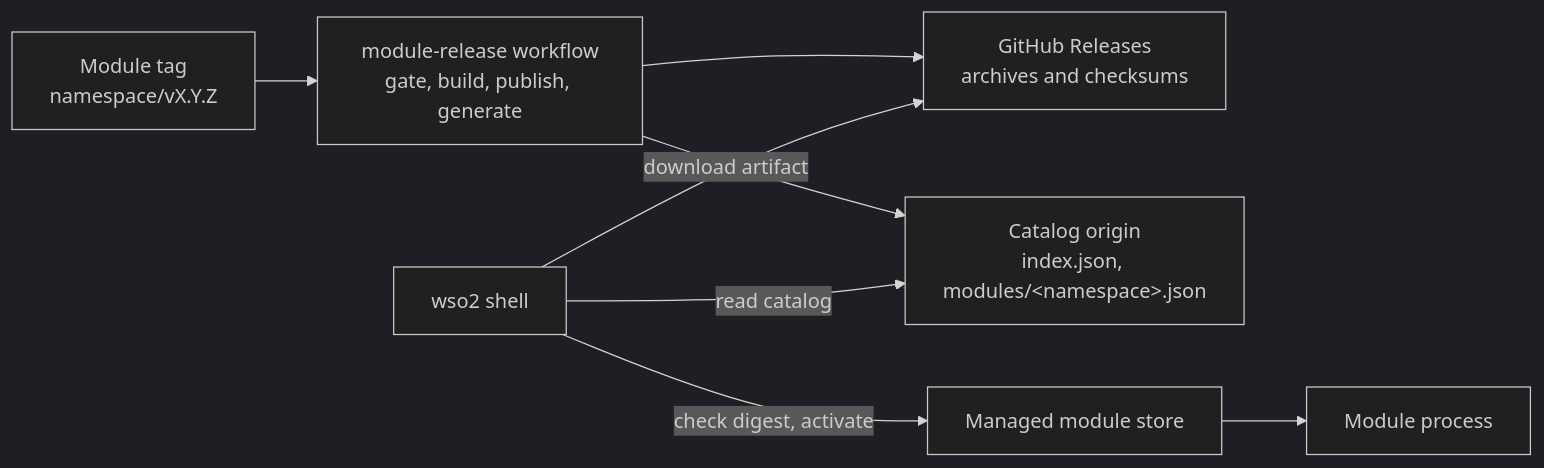
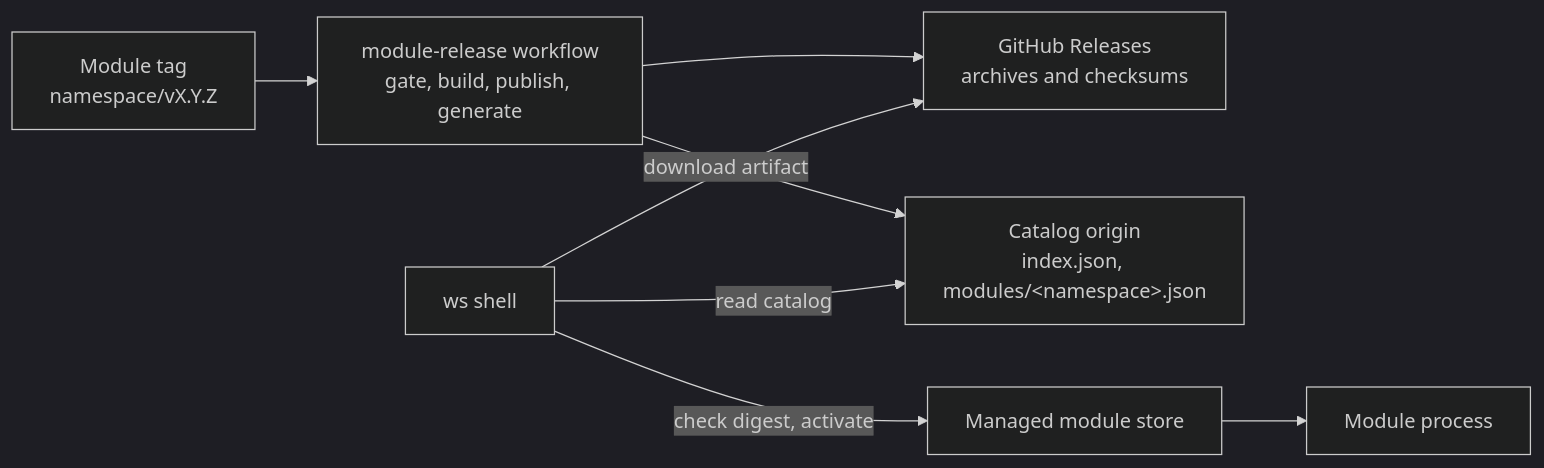
One commit to kanushka/wso2-cli changed the second of 2 diagrams in docs/architecture.md. Above: the diagram before and after it, drawn with Mermaid (dark theme). The commit also changed other lines of this file and 16 other files, not shown here.

````diff
--- a/docs/architecture.md
+++ b/docs/architecture.md
@@ -278,10 +278,10 @@
 ```mermaid
 flowchart LR
     TAG["Module tag<br/>namespace/vX.Y.Z"] --> MR["module-release workflow<br/>gate, build, publish, generate"]
     MR --> GR["GitHub Releases<br/>archives and checksums"]
     MR --> OR["Catalog origin<br/>index.json, modules/&lt;namespace&gt;.json"]
-    CLI["wso2 shell"] -->|read catalog| OR
+    CLI["ws shell"] -->|read catalog| OR
     CLI -->|download artifact| GR
     CLI -->|check digest, activate| LS["Managed module store"]
     LS --> MP["Module process"]
 ```
````
